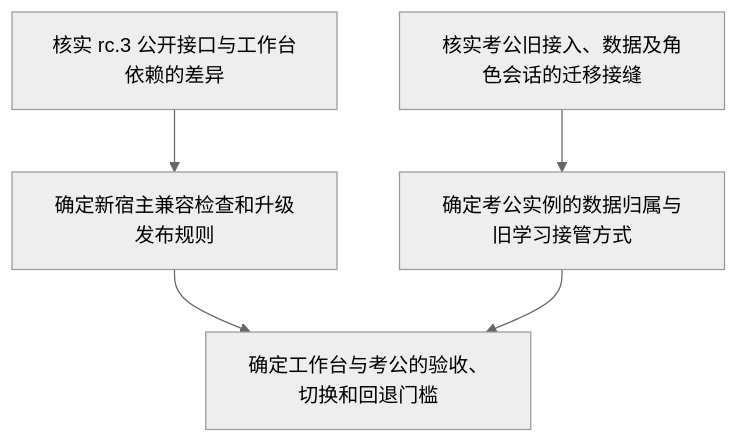
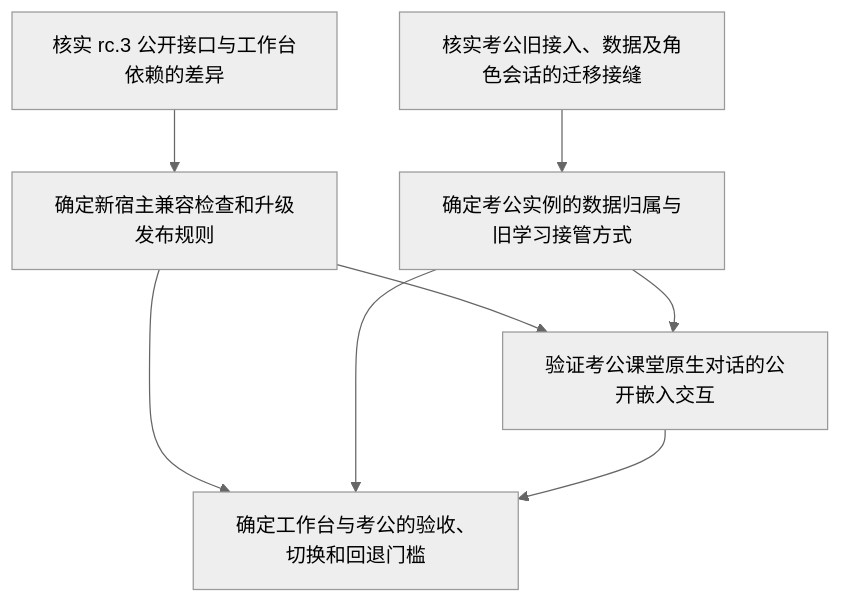
The diagram in docs/wayfinder/harness-upgrade/README.md (lvyangyan12q/my-dsh-plugins), drawn with Mermaid (neutral theme) before and after one commit. The commit also changed 7 other files, not shown here.

````diff
--- a/docs/wayfinder/harness-upgrade/README.md
+++ b/docs/wayfinder/harness-upgrade/README.md
@@ -11,7 +11,10 @@
 ```mermaid
 flowchart TD
     A[核实 rc.3 公开接口与工作台依赖的差异] --> C[确定新宿主兼容检查和升级发布规则]
     B[核实考公旧接入、数据及角色会话的迁移接缝] --> D[确定考公实例的数据归属与旧学习接管方式]
     C --> E[确定工作台与考公的验收、切换和回退门槛]
     D --> E
+    C --> F[验证考公课堂原生对话的公开嵌入交互]
+    D --> F
+    F --> E
 ```
````
